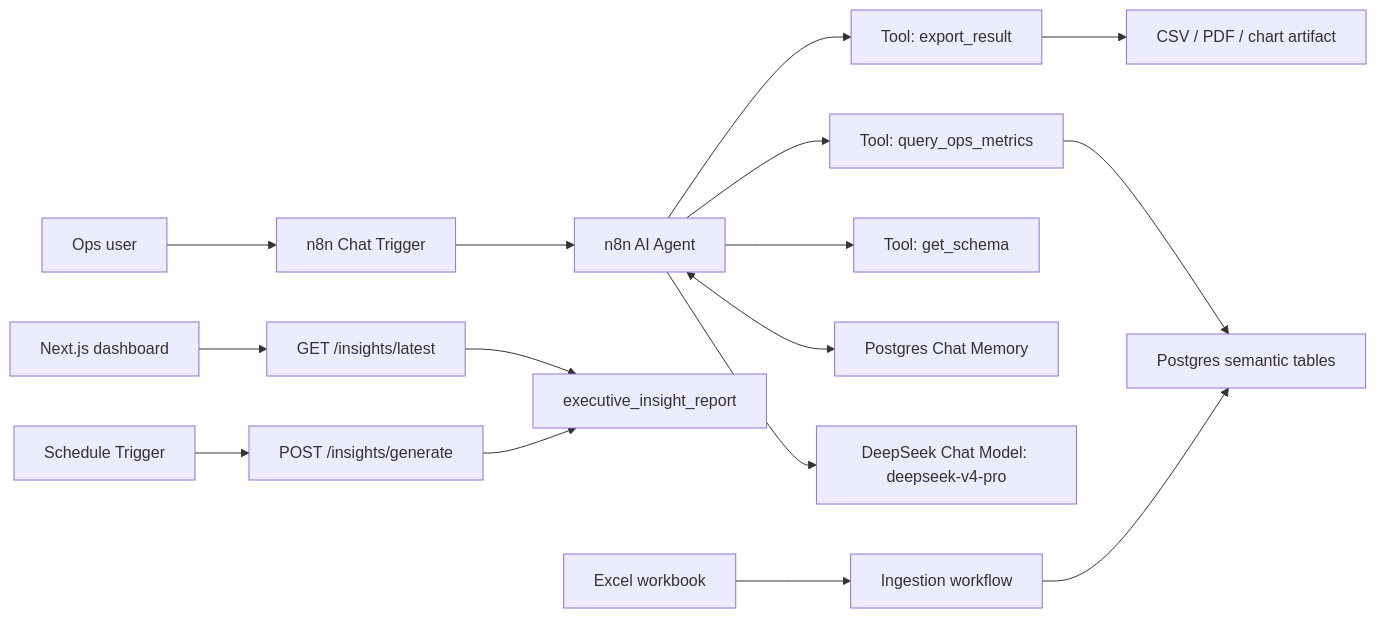
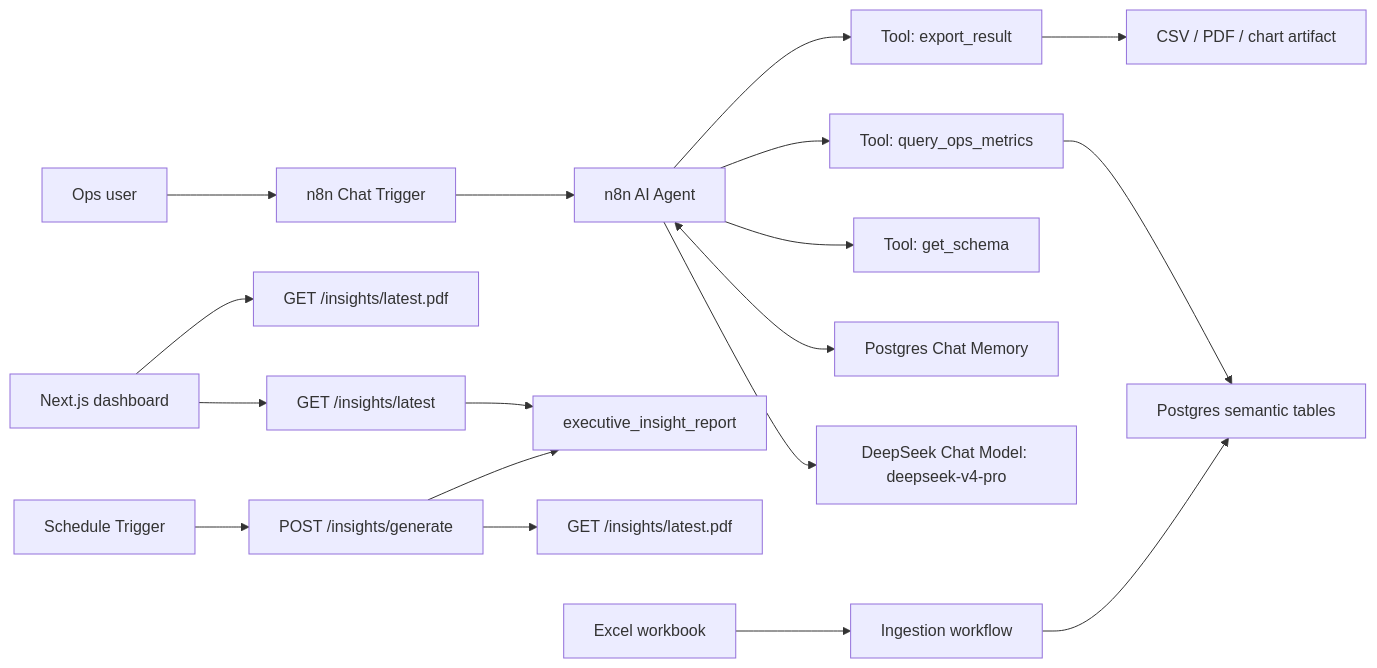
One commit to nicoceron/rappi-ops-copilot changed the diagram in docs/n8n-rappi-ops-copilot-design.md. Above: the diagram before and after it, drawn with Mermaid. The commit also changed other lines of this file and 18 other files, not shown here.

````diff
--- a/docs/n8n-rappi-ops-copilot-design.md
+++ b/docs/n8n-rappi-ops-copilot-design.md
@@ -76,18 +76,20 @@
 ```mermaid
 flowchart LR
   user["Ops user"] --> chat["n8n Chat Trigger"]
   chat --> agent["n8n AI Agent"]
   agent --> model["DeepSeek Chat Model: deepseek-v4-pro"]
   agent <--> memory["Postgres Chat Memory"]
   agent --> schemaTool["Tool: get_schema"]
   agent --> queryTool["Tool: query_ops_metrics"]
   agent --> exportTool["Tool: export_result"]
   queryTool --> db["Postgres semantic tables"]
   exportTool --> files["CSV / PDF / chart artifact"]
   schedule["Schedule Trigger"] --> reportApi["POST /insights/generate"]
+  reportApi --> pdfArtifact["GET /insights/latest.pdf"]
   reportApi --> reportTable["executive_insight_report"]
   next["Next.js dashboard"] --> latestReport["GET /insights/latest"]
+  next --> latestPdf["GET /insights/latest.pdf"]
   latestReport --> reportTable
   ingest["Ingestion workflow"] --> db
   xlsx["Excel workbook"] --> ingest
 ```
````
